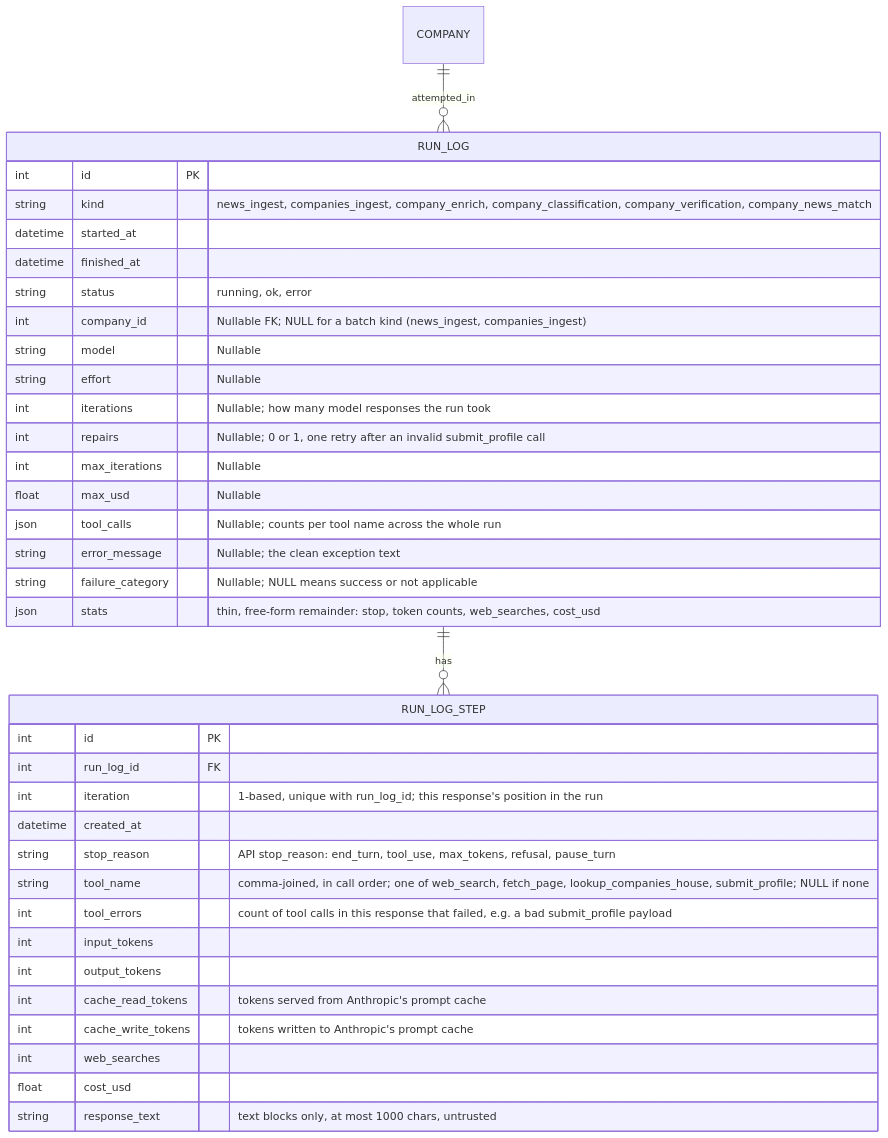
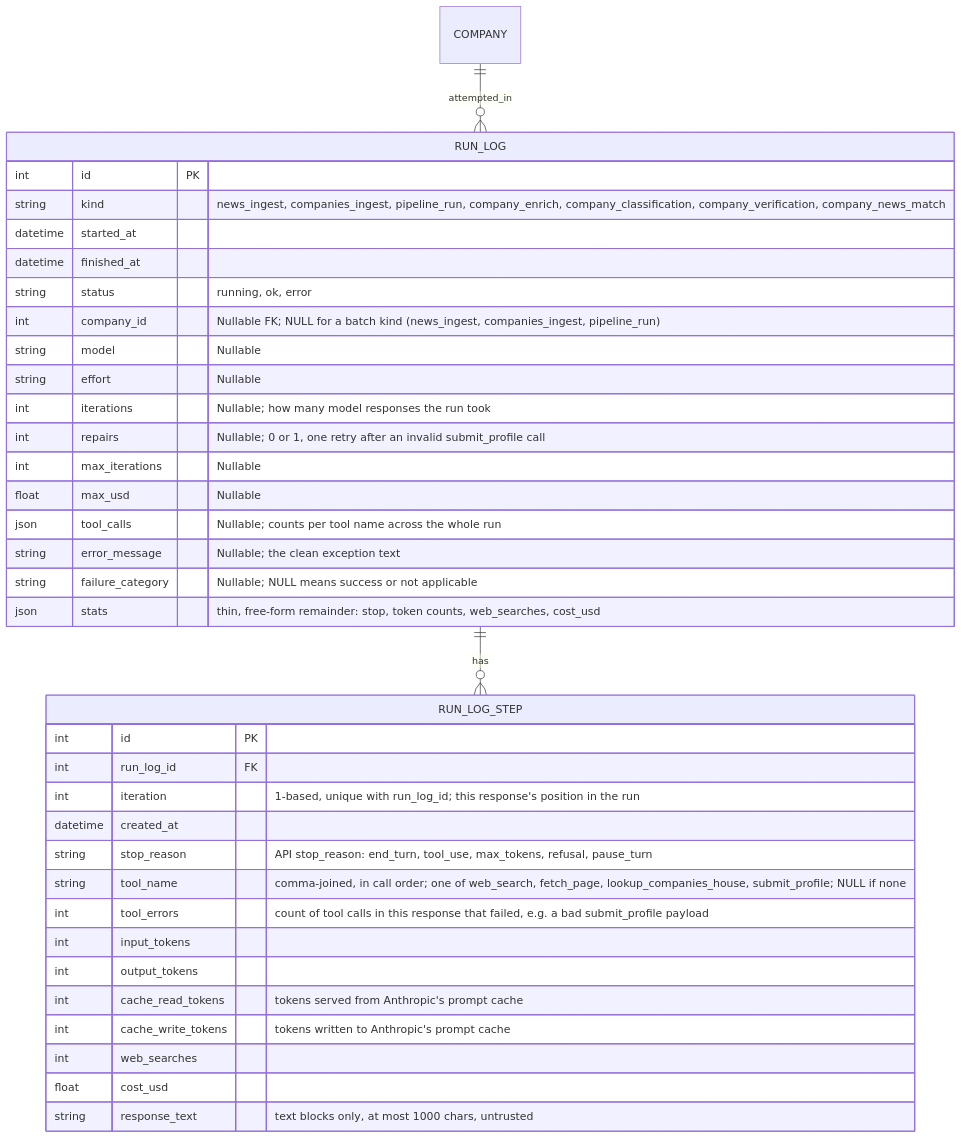
Before and after one commit to Farzaanee/sprout: the second of 2 diagrams in docs/architecture/2. data-model.md, drawn with Mermaid. The commit also changed other lines of this file and 14 other files, not shown here.

Commit message:
update architecture docs for phase 6 - Multi-agent pipeline at scale

````diff
--- a/docs/architecture/2. data-model.md
+++ b/docs/architecture/2. data-model.md
@@ -70,39 +84,39 @@
 ```mermaid
 erDiagram
     COMPANY ||--o{ RUN_LOG : attempted_in
     RUN_LOG ||--o{ RUN_LOG_STEP : has
     RUN_LOG {
         int id PK
-        string kind "news_ingest, companies_ingest, company_enrich, company_classification, company_verification, company_news_match"
+        string kind "news_ingest, companies_ingest, pipeline_run, company_enrich, company_classification, company_verification, company_news_match"
         datetime started_at
         datetime finished_at
         string status "running, ok, error"
-        int company_id "Nullable FK; NULL for a batch kind (news_ingest, companies_ingest)"
+        int company_id "Nullable FK; NULL for a batch kind (news_ingest, companies_ingest, pipeline_run)"
         string model "Nullable"
         string effort "Nullable"
         int iterations "Nullable; how many model responses the run took"
         int repairs "Nullable; 0 or 1, one retry after an invalid submit_profile call"
         int max_iterations "Nullable"
         float max_usd "Nullable"
         json tool_calls "Nullable; counts per tool name across the whole run"
         string error_message "Nullable; the clean exception text"
         string failure_category "Nullable; NULL means success or not applicable"
         json stats "thin, free-form remainder: stop, token counts, web_searches, cost_usd"
     }
     RUN_LOG_STEP {
         int id PK
         int run_log_id FK
         int iteration "1-based, unique with run_log_id; this response's position in the run"
         datetime created_at
         string stop_reason "API stop_reason: end_turn, tool_use, max_tokens, refusal, pause_turn"
         string tool_name "comma-joined, in call order; one of web_search, fetch_page, lookup_companies_house, submit_profile; NULL if none"
         int tool_errors "count of tool calls in this response that failed, e.g. a bad submit_profile payload"
         int input_tokens
         int output_tokens
         int cache_read_tokens "tokens served from Anthropic's prompt cache"
         int cache_write_tokens "tokens written to Anthropic's prompt cache"
         int web_searches
         float cost_usd
         string response_text "text blocks only, at most 1000 chars, untrusted"
     }
 ```
````
